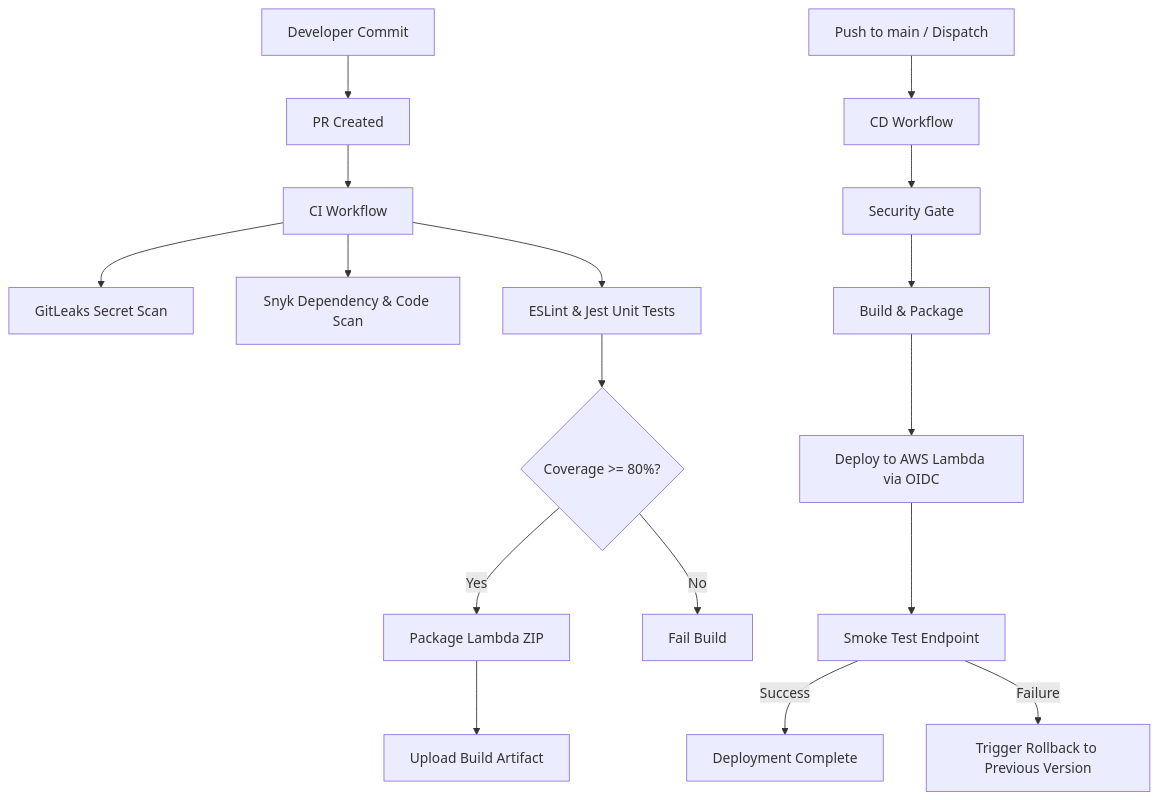
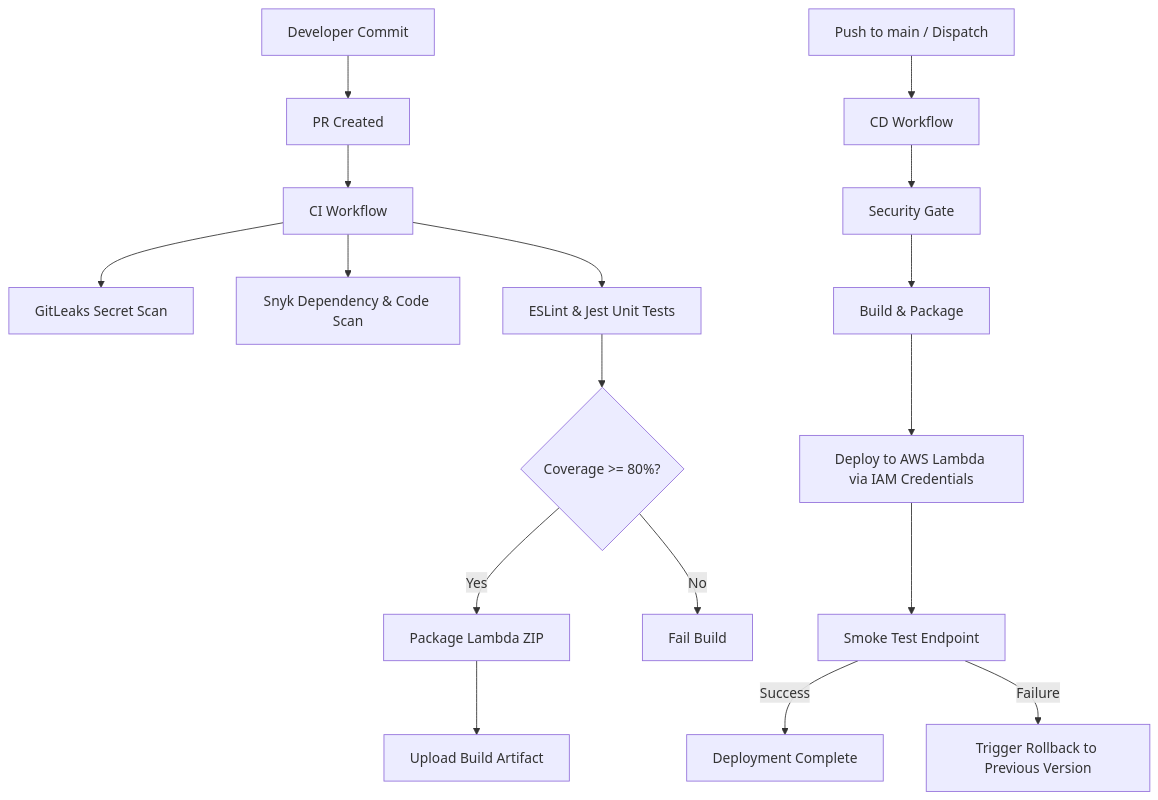
Before and after one commit to DarsaniTS07/E-Commerce_Microservices: the diagram in README.md, drawn with Mermaid. The commit also changed other lines of this file, not shown here.

````diff
--- a/README.md
+++ b/README.md
@@ -60,20 +60,20 @@
 ```mermaid
 graph TD
   A[Developer Commit] --> B[PR Created]
   B --> C[CI Workflow]
   C --> D[GitLeaks Secret Scan]
   C --> E[Snyk Dependency & Code Scan]
   C --> F[ESLint & Jest Unit Tests]
   F --> G{Coverage >= 80%?}
   G -- Yes --> H[Package Lambda ZIP]
   G -- No --> I[Fail Build]
   H --> J[Upload Build Artifact]
   
   K[Push to main / Dispatch] --> L[CD Workflow]
   L --> M[Security Gate]
   M --> N[Build & Package]
-  N --> O[Deploy to AWS Lambda via OIDC]
+  N --> O[Deploy to AWS Lambda via IAM Credentials]
   O --> P[Smoke Test Endpoint]
   P -- Success --> Q[Deployment Complete]
   P -- Failure --> R[Trigger Rollback to Previous Version]
 ```
````
